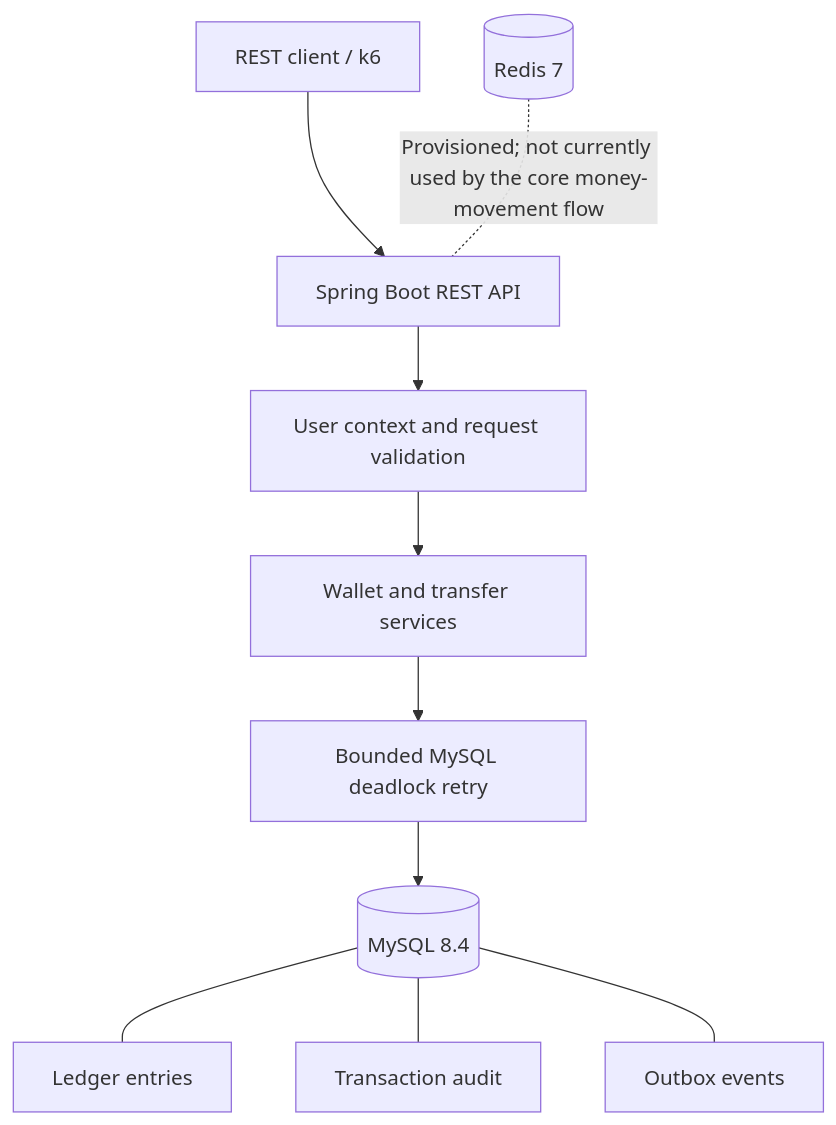
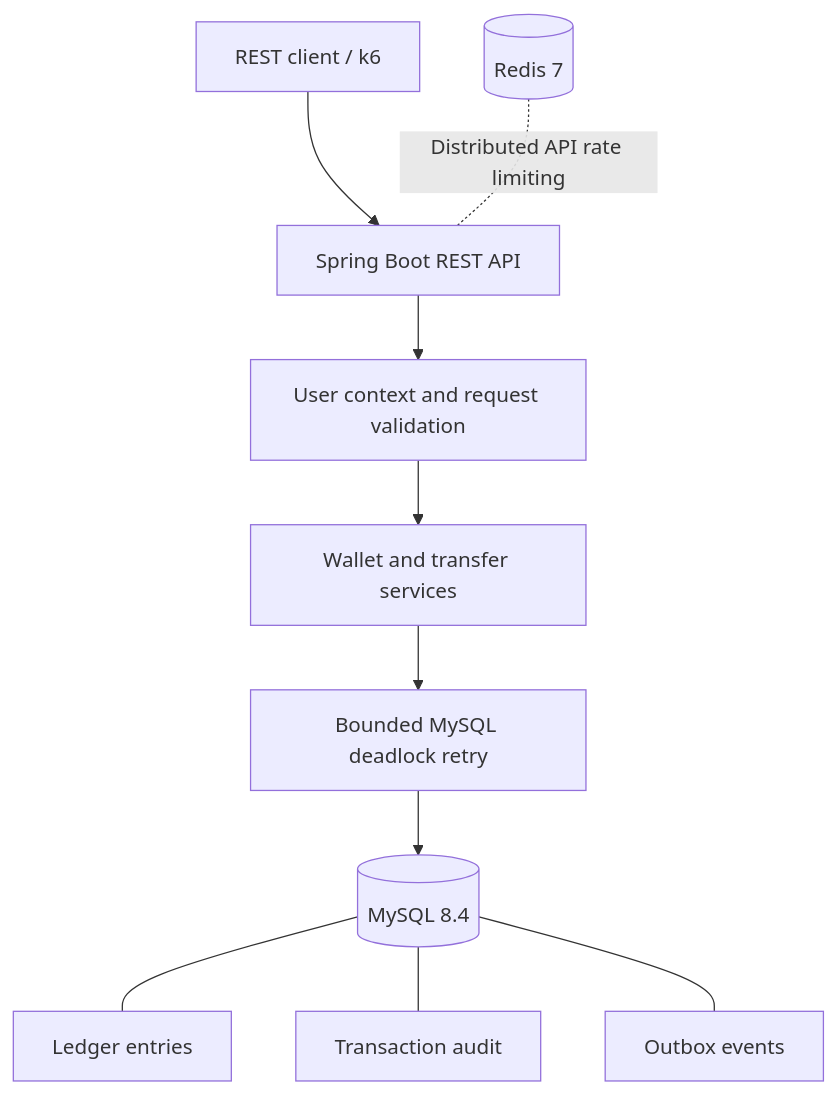
Before and after one commit to JAY1196/walletledger: the first of 2 diagrams in README.md, drawn with Mermaid. The commit also changed other lines of this file and 2 other files, not shown here.

Commit message:
test: verify Redis outage fail-open behavior

````diff
--- a/README.md
+++ b/README.md
@@ -20,23 +20,23 @@
 ```mermaid
 flowchart TD
     Client[REST client / k6]
     API[Spring Boot REST API]
     Context[User context and request validation]
     Service[Wallet and transfer services]
     Retry[Bounded MySQL deadlock retry]
     DB[(MySQL 8.4)]
     Ledger[Ledger entries]
     Audit[Transaction audit]
     Outbox[Outbox events]
     Redis[(Redis 7)]
 
     Client --> API
     API --> Context
     Context --> Service
     Service --> Retry
     Retry --> DB
     DB --- Ledger
     DB --- Audit
     DB --- Outbox
-    Redis -. Provisioned; not currently used by the core money-movement flow .- API
+    Redis -. Distributed API rate limiting .- API
 ```
````
